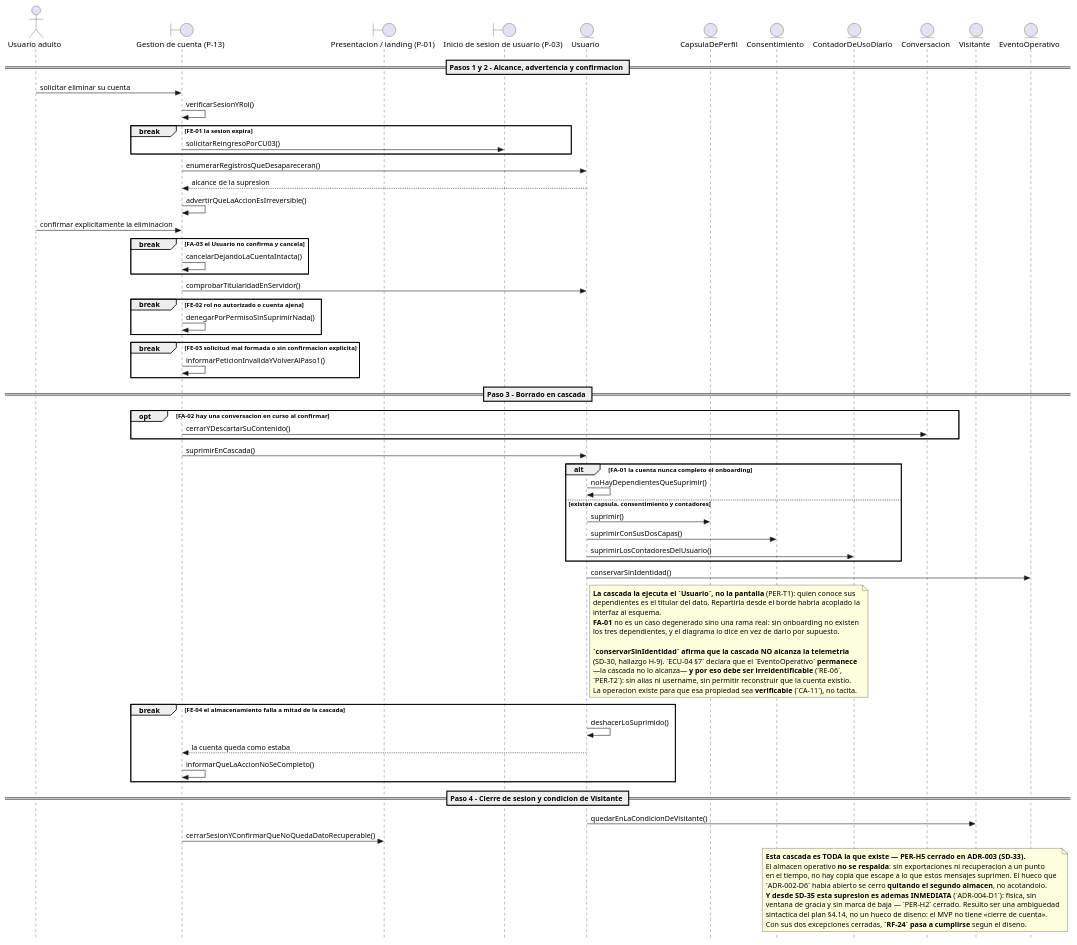
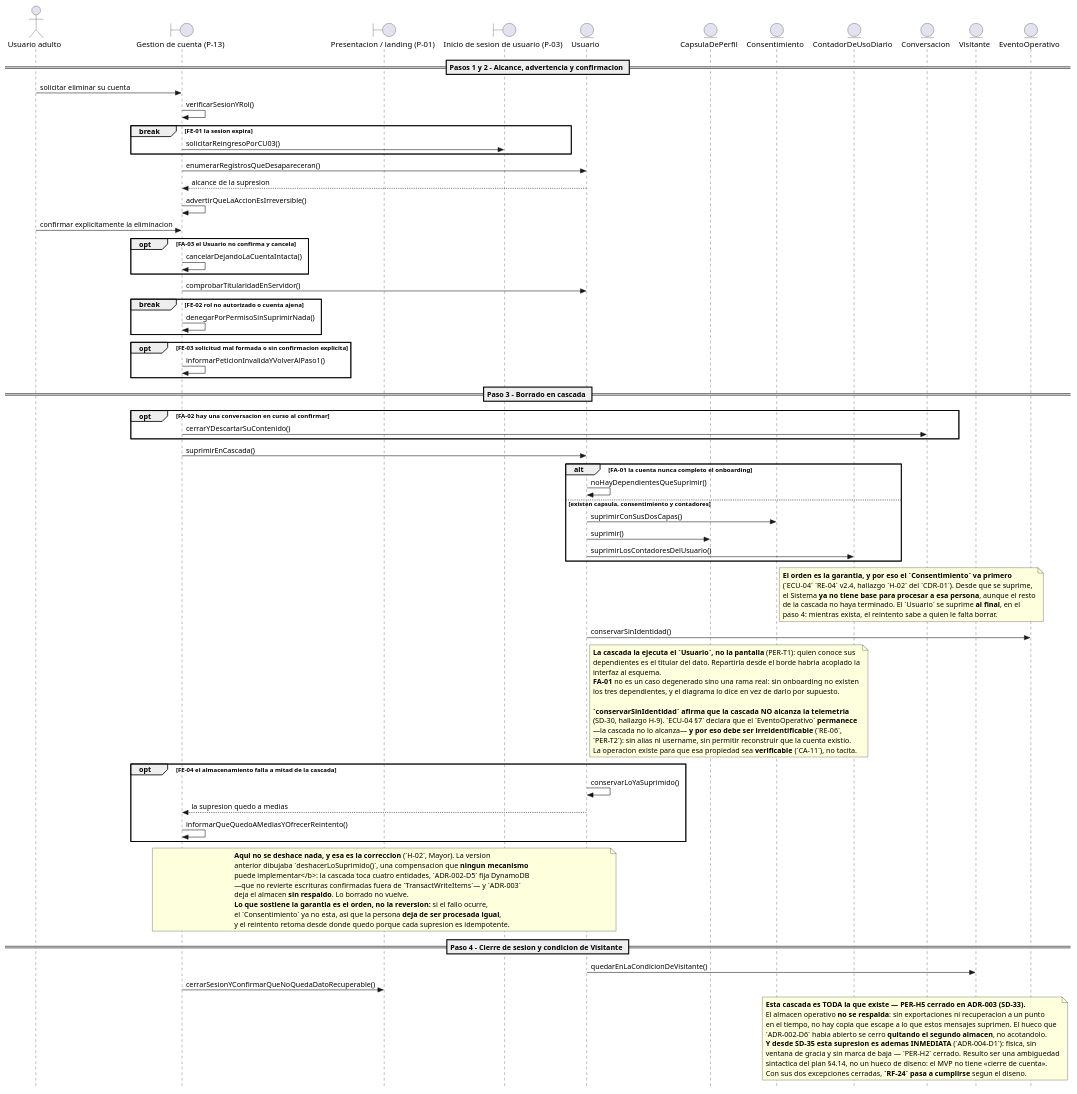
Before and after one commit to jonatan8254/alan-aura-academico: the diagram in docs/07_casos_uso/secuencia/puml/DS-04_secuencia_eliminar_cuenta.puml, drawn with PlantUML. The commit also changed 15 other files, not shown here.

```diff
--- a/docs/07_casos_uso/secuencia/puml/DS-04_secuencia_eliminar_cuenta.puml
+++ b/docs/07_casos_uso/secuencia/puml/DS-04_secuencia_eliminar_cuenta.puml
@@ -1,106 +1,128 @@
 @startuml
 ' DS-04 - Secuencia de CU-04 «Eliminar cuenta»
+' v1.1 (CDR-01): H-01 — FA-03, FE-03 y FE-04 pasan de break a opt.
+'       H-02 (Mayor) — la cascada se REORDENA (Consentimiento primero, Usuario al final) y
+'       FE-04 deja de deshacer: conserva lo suprimido y ofrece reintento. Ver ECU-04 v2.4.
 ' v1.0 (fase de diseno detallado, ICONIX paso 6)
 ' Insumos: DR-04 v2.0 (11 controladores), ECU-04 v2.0, MD-01 v1.4, DCU-01 v2.1,
 '          DIS-00 (P-13; destinos P-01, P-03), PER-01 v1.2 (PER-T1), PRIV-01.
 ' Capa de infraestructura: NO EJECUTADA por decision declarada (E-1 de DS-00).
 
 skinparam style strictuml
 skinparam shadowing false
 skinparam responseMessageBelowArrow true
 
 actor "Usuario adulto" as ACT_Usuario
 boundary "Gestion de cuenta (P-13)" as B_PaginaGestionCuenta
 boundary "Presentacion / landing (P-01)" as B_PaginaPresentacion
 boundary "Inicio de sesion de usuario (P-03)" as B_PaginaInicioSesion
 entity "Usuario" as E_Usuario
 entity "CapsulaDePerfil" as E_CapsulaDePerfil
 entity "Consentimiento" as E_Consentimiento
 entity "ContadorDeUsoDiario" as E_ContadorDeUsoDiario
 entity "Conversacion" as E_Conversacion
 entity "Visitante" as E_Visitante
 entity "EventoOperativo" as E_EventoOperativo
 
 == Pasos 1 y 2 - Alcance, advertencia y confirmacion ==
 
 ACT_Usuario -> B_PaginaGestionCuenta : solicitar eliminar su cuenta
 B_PaginaGestionCuenta -> B_PaginaGestionCuenta : verificarSesionYRol()
 
 break FE-01 la sesion expira
   B_PaginaGestionCuenta -> B_PaginaInicioSesion : solicitarReingresoPorCU03()
 end
 
 B_PaginaGestionCuenta -> E_Usuario : enumerarRegistrosQueDesapareceran()
 E_Usuario --> B_PaginaGestionCuenta : alcance de la supresion
 B_PaginaGestionCuenta -> B_PaginaGestionCuenta : advertirQueLaAccionEsIrreversible()
 ACT_Usuario -> B_PaginaGestionCuenta : confirmar explicitamente la eliminacion
 
-break FA-03 el Usuario no confirma y cancela
+opt FA-03 el Usuario no confirma y cancela
   B_PaginaGestionCuenta -> B_PaginaGestionCuenta : cancelarDejandoLaCuentaIntacta()
 end
 
 B_PaginaGestionCuenta -> E_Usuario : comprobarTitularidadEnServidor()
 
 break FE-02 rol no autorizado o cuenta ajena
   B_PaginaGestionCuenta -> B_PaginaGestionCuenta : denegarPorPermisoSinSuprimirNada()
 end
 
-break FE-03 solicitud mal formada o sin confirmacion explicita
+opt FE-03 solicitud mal formada o sin confirmacion explicita
   B_PaginaGestionCuenta -> B_PaginaGestionCuenta : informarPeticionInvalidaYVolverAlPaso1()
 end
 
 == Paso 3 - Borrado en cascada ==
 
 opt FA-02 hay una conversacion en curso al confirmar
   B_PaginaGestionCuenta -> E_Conversacion : cerrarYDescartarSuContenido()
 end
 
 B_PaginaGestionCuenta -> E_Usuario : suprimirEnCascada()
 
 alt FA-01 la cuenta nunca completo el onboarding
   E_Usuario -> E_Usuario : noHayDependientesQueSuprimir()
 else existen capsula, consentimiento y contadores
+  E_Usuario -> E_Consentimiento : suprimirConSusDosCapas()
   E_Usuario -> E_CapsulaDePerfil : suprimir()
-  E_Usuario -> E_Consentimiento : suprimirConSusDosCapas()
   E_Usuario -> E_ContadorDeUsoDiario : suprimirLosContadoresDelUsuario()
 end
+
+note right of E_Consentimiento
+  <b>El orden es la garantia, y por eso el `Consentimiento` va primero</b>
+  (`ECU-04` `RE-04` v2.4, hallazgo `H-02` del `CDR-01`). Desde que se suprime,
+  el Sistema <b>ya no tiene base para procesar a esa persona</b>, aunque el resto
+  de la cascada no haya terminado. El `Usuario` se suprime <b>al final</b>, en el
+  paso 4: mientras exista, el reintento sabe a quien le falta borrar.
+end note
 
 E_Usuario -> E_EventoOperativo : conservarSinIdentidad()
 
 note right of E_Usuario
   <b>La cascada la ejecuta el `Usuario`, no la pantalla</b> (PER-T1): quien conoce sus
   dependientes es el titular del dato. Repartirla desde el borde habria acoplado la
   interfaz al esquema.
   <b>FA-01</b> no es un caso degenerado sino una rama real: sin onboarding no existen
   los tres dependientes, y el diagrama lo dice en vez de darlo por supuesto.
 
   <b>`conservarSinIdentidad` afirma que la cascada NO alcanza la telemetria</b>
   (SD-30, hallazgo H-9). `ECU-04 §7` declara que el `EventoOperativo` <b>permanece</b>
   —la cascada no lo alcanza— <b>y por eso debe ser irreidentificable</b> (`RE-06`,
   `PER-T2`): sin alias ni username, sin permitir reconstruir que la cuenta existio.
   La operacion existe para que esa propiedad sea <b>verificable</b> (`CA-11`), no tacita.
 end note
 
-break FE-04 el almacenamiento falla a mitad de la cascada
-  E_Usuario -> E_Usuario : deshacerLoSuprimido()
-  E_Usuario --> B_PaginaGestionCuenta : la cuenta queda como estaba
-  B_PaginaGestionCuenta -> B_PaginaGestionCuenta : informarQueLaAccionNoSeCompleto()
+opt FE-04 el almacenamiento falla a mitad de la cascada
+  E_Usuario -> E_Usuario : conservarLoYaSuprimido()
+  E_Usuario --> B_PaginaGestionCuenta : la supresion quedo a medias
+  B_PaginaGestionCuenta -> B_PaginaGestionCuenta : informarQueQuedoAMediasYOfrecerReintento()
 end
+
+note over E_Usuario, B_PaginaGestionCuenta
+  <b>Aqui no se deshace nada, y esa es la correccion</b> (`H-02`, Mayor). La version
+  anterior dibujaba `deshacerLoSuprimido()`, una compensacion que <b>ningun mecanismo
+  puede implementar</b>: la cascada toca cuatro entidades, `ADR-002-D5` fija DynamoDB
+  —que no revierte escrituras confirmadas fuera de `TransactWriteItems`— y `ADR-003`
+  deja el almacen <b>sin respaldo</b>. Lo borrado no vuelve.
+  <b>Lo que sostiene la garantia es el orden, no la reversion:</b> si el fallo ocurre,
+  el `Consentimiento` ya no esta, asi que la persona <b>deja de ser procesada igual</b>,
+  y el reintento retoma desde donde quedo porque cada supresion es idempotente.
+end note
 
 == Paso 4 - Cierre de sesion y condicion de Visitante ==
 
 E_Usuario -> E_Visitante : quedarEnLaCondicionDeVisitante()
 B_PaginaGestionCuenta -> B_PaginaPresentacion : cerrarSesionYConfirmarQueNoQuedaDatoRecuperable()
 
 note over E_ContadorDeUsoDiario, E_Visitante
   <b>Esta cascada es TODA la que existe — PER-H5 cerrado en ADR-003 (SD-33).</b>
   El almacen operativo <b>no se respalda</b>: sin exportaciones ni recuperacion a un punto
   en el tiempo, no hay copia que escape a lo que estos mensajes suprimen. El hueco que
   `ADR-002-D6` habia abierto se cerro <b>quitando el segundo almacen</b>, no acotandolo.
   <b>Y desde SD-35 esta supresion es ademas INMEDIATA</b> (`ADR-004-D1`): fisica, sin
   ventana de gracia y sin marca de baja — `PER-H2` cerrado. Resulto ser una ambiguedad
   sintactica del plan §4.14, no un hueco de diseno: el MVP no tiene «cierre de cuenta».
   Con sus dos excepciones cerradas, <b>`RF-24` pasa a cumplirse</b> segun el diseno.
 end note
 
 @enduml
```
